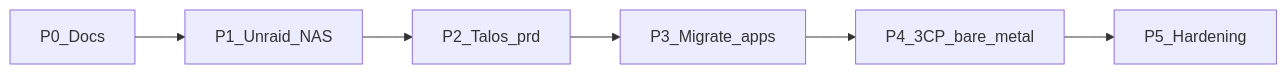
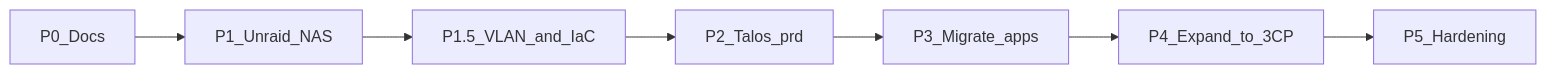
One commit to jacobdrury/homelab changed the diagram in docs/roadmap.md. Above: the diagram before and after it, drawn with Mermaid. The commit also changed other lines of this file and 9 other files, not shown here.

````diff
--- a/docs/roadmap.md
+++ b/docs/roadmap.md
@@ -14,10 +15,11 @@
 ```mermaid
 flowchart LR
   P0[P0_Docs]
   P1[P1_Unraid_NAS]
+  P15[P1.5_VLAN_and_IaC]
   P2[P2_Talos_prd]
   P3[P3_Migrate_apps]
-  P4[P4_3CP_bare_metal]
+  P4[P4_Expand_to_3CP]
   P5[P5_Hardening]
-  P0 --> P1 --> P2 --> P3 --> P4 --> P5
+  P0 --> P1 --> P15 --> P2 --> P3 --> P4 --> P5
 ```
````
